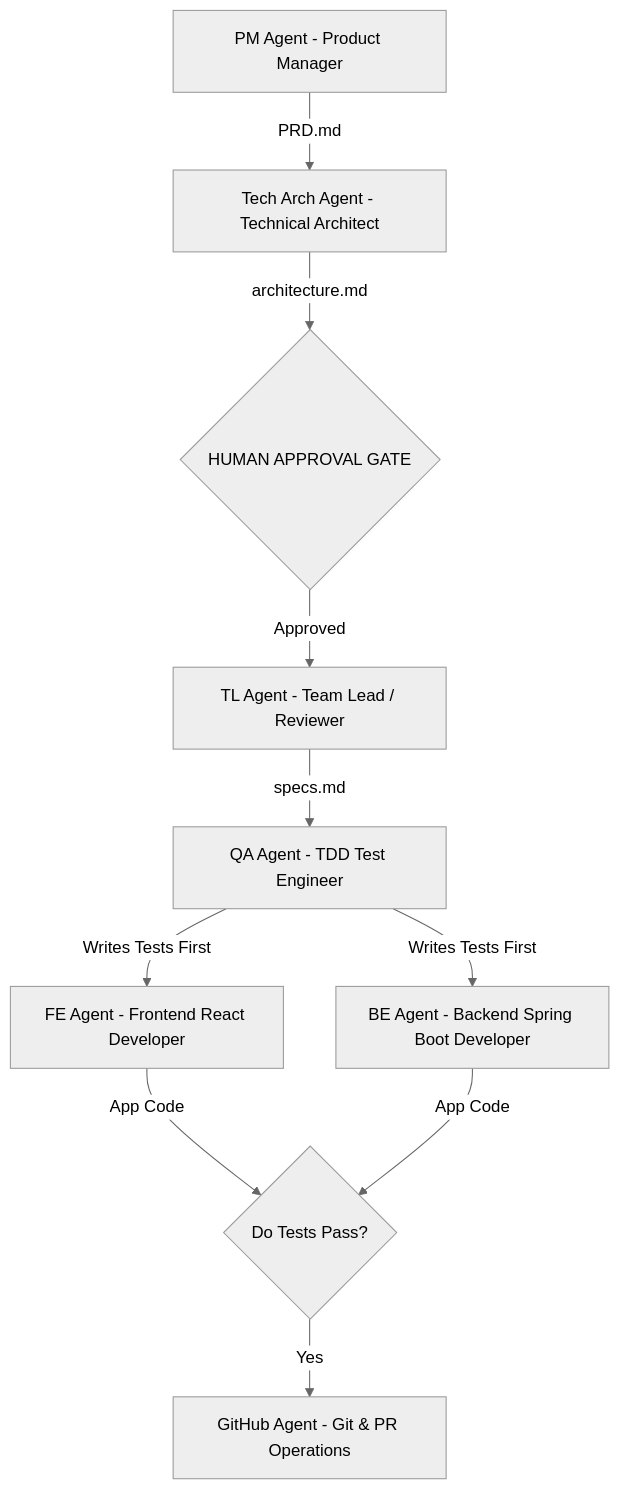
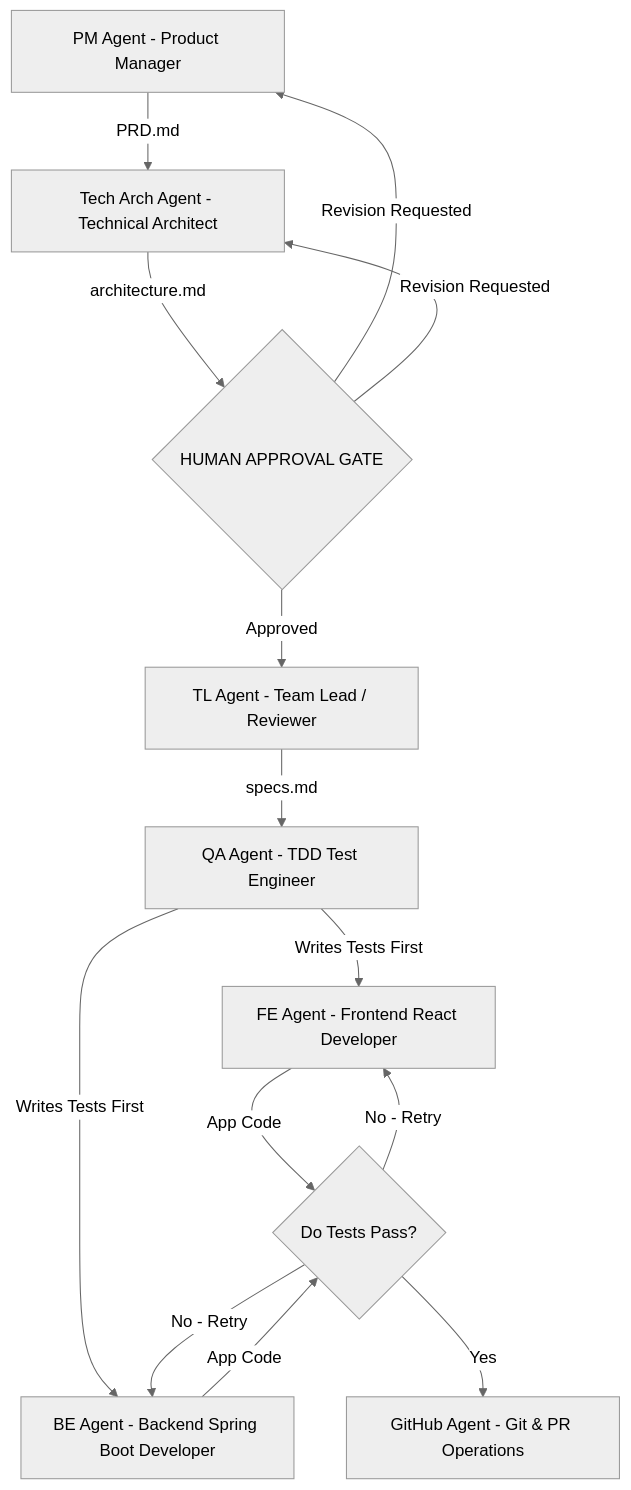
Before and after one commit to alokgupta02/DJP-v1: the diagram in AGENTIC_WORKFLOW_GUIDE.md, drawn with Mermaid (neutral theme). The commit also changed other lines of this file and 33 other files, not shown here.

Commit message:
chore: clean git status, ignore graphify cache & remove obsolete prototype files

````diff
--- a/AGENTIC_WORKFLOW_GUIDE.md
+++ b/AGENTIC_WORKFLOW_GUIDE.md
@@ -9,20 +9,24 @@
 ```mermaid
 graph TD
     PM[PM Agent - Product Manager]
     TL[TL Agent - Team Lead / Reviewer]
     TA[Tech Arch Agent - Technical Architect]
     FE[FE Agent - Frontend React Developer]
     BE[BE Agent - Backend Spring Boot Developer]
     QA[QA Agent - TDD Test Engineer]
     GH[GitHub Agent - Git & PR Operations]
 
     PM -->|PRD.md| TA
     TA -->|architecture.md| GATE{HUMAN APPROVAL GATE}
+    GATE -->|Revision Requested| PM
+    GATE -->|Revision Requested| TA
     GATE -->|Approved| TL
     TL -->|specs.md| QA
     QA -->|Writes Tests First| FE
     QA -->|Writes Tests First| BE
     FE -->|App Code| TEST{Do Tests Pass?}
     BE -->|App Code| TEST
+    TEST -->|No - Retry| FE
+    TEST -->|No - Retry| BE
     TEST -->|Yes| GH
 ```
````
